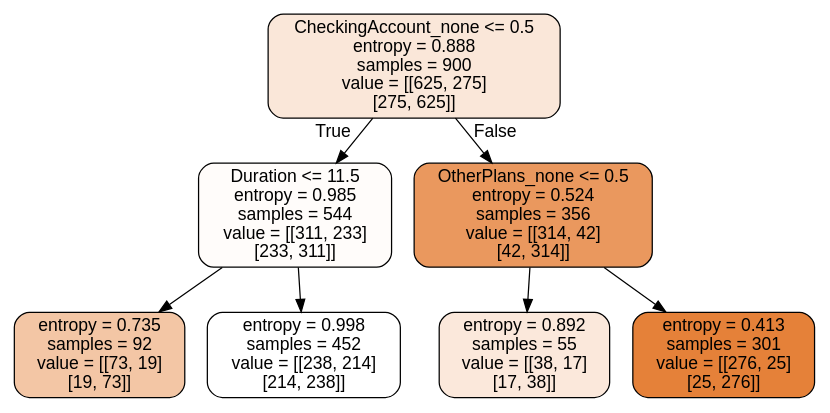
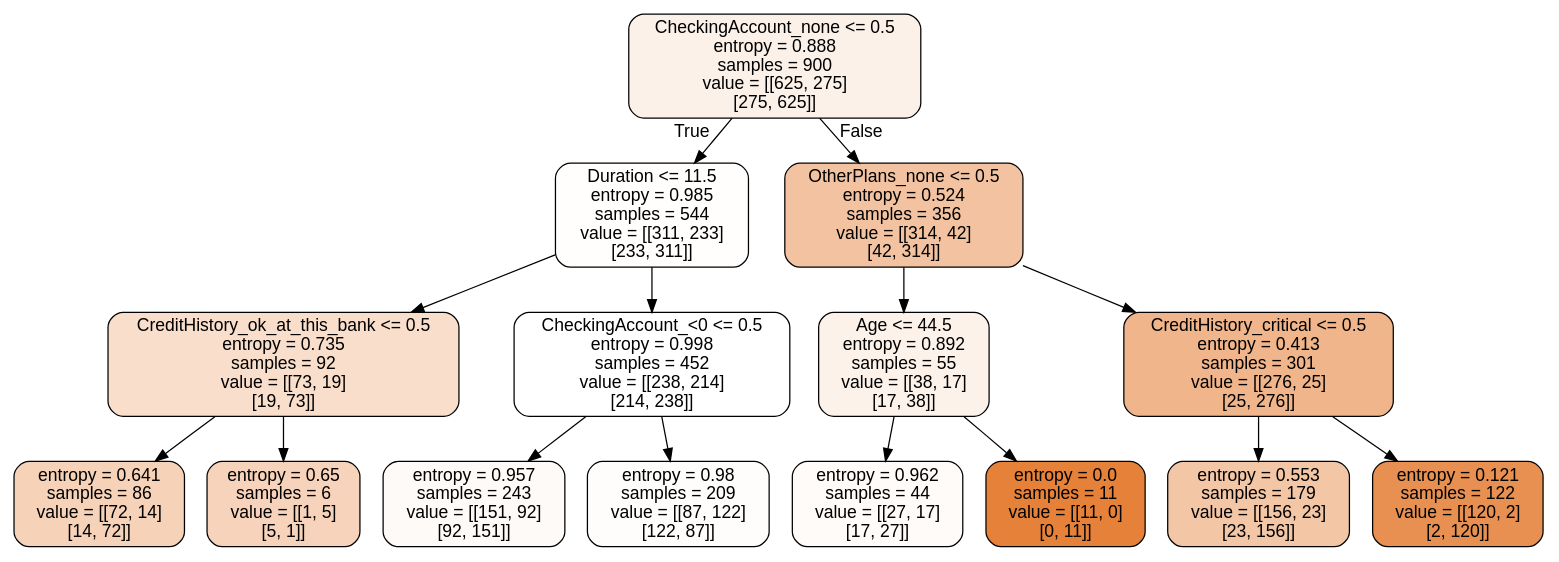
One commit to NiuJ1ao/IAML_Labs changed the diagram in iaml-labs-master/Labs/tree.dot. Above: the diagram before and after it, drawn with Graphviz. The commit also changed 1 other file, not shown here.

```diff
--- a/iaml-labs-master/Labs/tree.dot
+++ b/iaml-labs-master/Labs/tree.dot
@@ -1,17 +1,33 @@
 digraph Tree {
 node [shape=box, style="filled, rounded", color="black", fontname=helvetica] ;
 edge [fontname=helvetica] ;
-0 [label="CheckingAccount_none <= 0.5\nentropy = 0.888\nsamples = 900\nvalue = [[625, 275]\n[275, 625]]", fillcolor="#e5813930"] ;
-1 [label="Duration <= 11.5\nentropy = 0.985\nsamples = 544\nvalue = [[311, 233]\n[233, 311]]", fillcolor="#e5813906"] ;
+0 [label="CheckingAccount_none <= 0.5\nentropy = 0.888\nsamples = 900\nvalue = [[625, 275]\n[275, 625]]", fillcolor="#e581391c"] ;
+1 [label="Duration <= 11.5\nentropy = 0.985\nsamples = 544\nvalue = [[311, 233]\n[233, 311]]", fillcolor="#e5813903"] ;
 0 -> 1 [labeldistance=2.5, labelangle=45, headlabel="True"] ;
-2 [label="entropy = 0.735\nsamples = 92\nvalue = [[73, 19]\n[19, 73]]", fillcolor="#e5813973"] ;
+2 [label="CreditHistory_ok_at_this_bank <= 0.5\nentropy = 0.735\nsamples = 92\nvalue = [[73, 19]\n[19, 73]]", fillcolor="#e5813943"] ;
 1 -> 2 ;
-3 [label="entropy = 0.998\nsamples = 452\nvalue = [[238, 214]\n[214, 238]]", fillcolor="#e5813900"] ;
-1 -> 3 ;
-4 [label="OtherPlans_none <= 0.5\nentropy = 0.524\nsamples = 356\nvalue = [[314, 42]\n[42, 314]]", fillcolor="#e58139cf"] ;
-0 -> 4 [labeldistance=2.5, labelangle=-45, headlabel="False"] ;
-5 [label="entropy = 0.892\nsamples = 55\nvalue = [[38, 17]\n[17, 38]]", fillcolor="#e581392e"] ;
-4 -> 5 ;
-6 [label="entropy = 0.413\nsamples = 301\nvalue = [[276, 25]\n[25, 276]]", fillcolor="#e58139ff"] ;
-4 -> 6 ;
+3 [label="entropy = 0.641\nsamples = 86\nvalue = [[72, 14]\n[14, 72]]", fillcolor="#e581395b"] ;
+2 -> 3 ;
+4 [label="entropy = 0.65\nsamples = 6\nvalue = [[1, 5]\n[5, 1]]", fillcolor="#e5813959"] ;
+2 -> 4 ;
+5 [label="CheckingAccount_<0 <= 0.5\nentropy = 0.998\nsamples = 452\nvalue = [[238, 214]\n[214, 238]]", fillcolor="#e5813900"] ;
+1 -> 5 ;
+6 [label="entropy = 0.957\nsamples = 243\nvalue = [[151, 92]\n[92, 151]]", fillcolor="#e581390a"] ;
+5 -> 6 ;
+7 [label="entropy = 0.98\nsamples = 209\nvalue = [[87, 122]\n[122, 87]]", fillcolor="#e5813905"] ;
+5 -> 7 ;
+8 [label="OtherPlans_none <= 0.5\nentropy = 0.524\nsamples = 356\nvalue = [[314, 42]\n[42, 314]]", fillcolor="#e5813979"] ;
+0 -> 8 [labeldistance=2.5, labelangle=-45, headlabel="False"] ;
+9 [label="Age <= 44.5\nentropy = 0.892\nsamples = 55\nvalue = [[38, 17]\n[17, 38]]", fillcolor="#e581391b"] ;
+8 -> 9 ;
+10 [label="entropy = 0.962\nsamples = 44\nvalue = [[27, 17]\n[17, 27]]", fillcolor="#e5813909"] ;
+9 -> 10 ;
+11 [label="entropy = 0.0\nsamples = 11\nvalue = [[11, 0]\n[0, 11]]", fillcolor="#e58139ff"] ;
+9 -> 11 ;
+12 [label="CreditHistory_critical <= 0.5\nentropy = 0.413\nsamples = 301\nvalue = [[276, 25]\n[25, 276]]", fillcolor="#e5813996"] ;
+8 -> 12 ;
+13 [label="entropy = 0.553\nsamples = 179\nvalue = [[156, 23]\n[23, 156]]", fillcolor="#e5813972"] ;
+12 -> 13 ;
+14 [label="entropy = 0.121\nsamples = 122\nvalue = [[120, 2]\n[2, 120]]", fillcolor="#e58139e0"] ;
+12 -> 14 ;
 }
```
